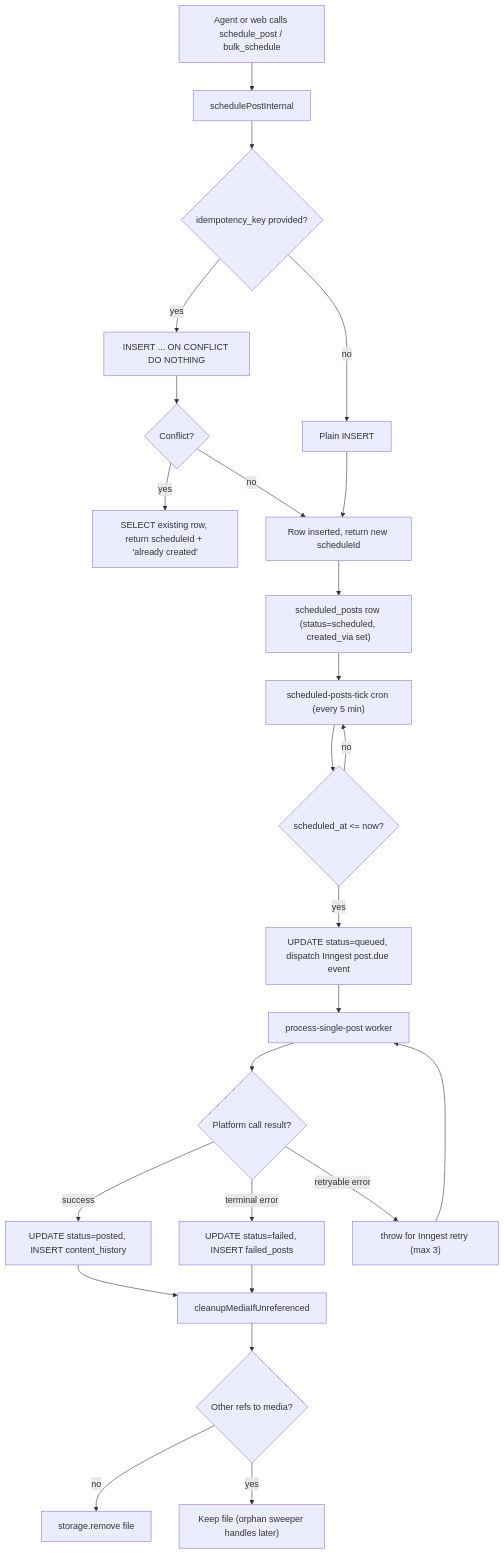
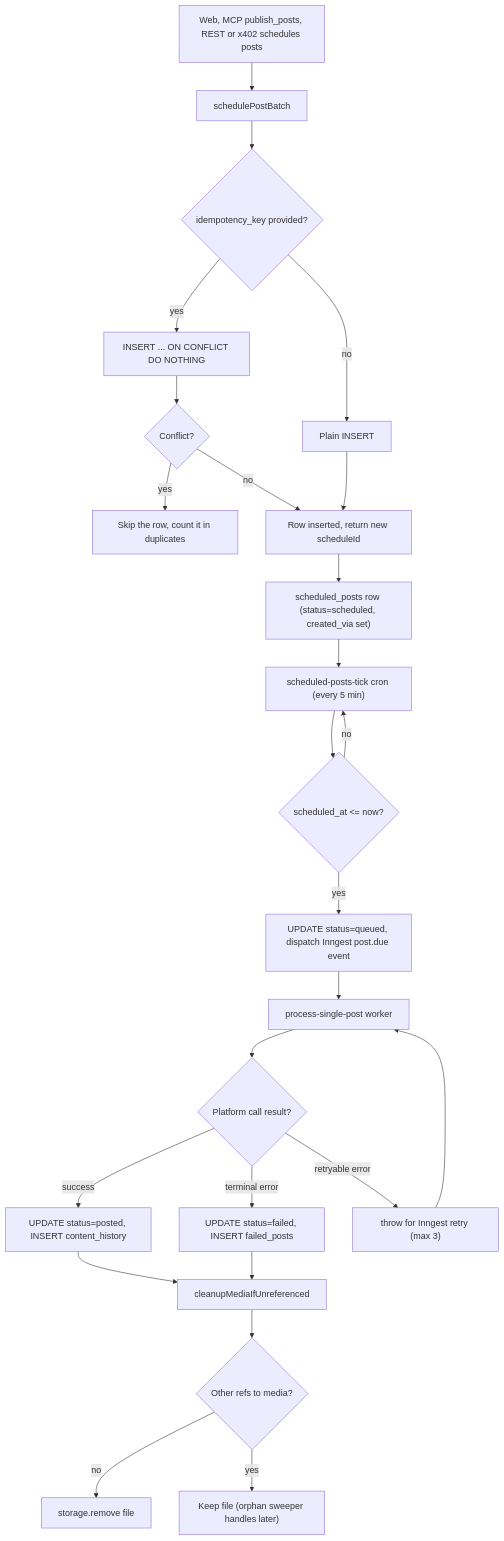
Before and after one commit to Andy00L/sharetopus: the second of 4 diagrams in docs/SCHEDULING.md, drawn with Mermaid. The commit also changed other lines of this file and 60 other files, not shown here.

First line of the commit message:
feat(mcp): one publish_posts tool, 18 tools become 10

````diff
--- a/docs/SCHEDULING.md
+++ b/docs/SCHEDULING.md
@@ -50,28 +50,28 @@
 ```mermaid
 flowchart TD
-    A["Agent or web calls schedule_post / bulk_schedule"] --> B["schedulePostInternal"]
+    A["Web, MCP publish_posts, REST or x402 schedules posts"] --> B["schedulePostBatch"]
     B --> C{"idempotency_key provided?"}
     C -- yes --> D["INSERT ... ON CONFLICT DO NOTHING"]
     D --> E{"Conflict?"}
-    E -- yes --> F["SELECT existing row, return scheduleId + 'already created'"]
+    E -- yes --> F["Skip the row, count it in duplicates"]
     E -- no --> G["Row inserted, return new scheduleId"]
     C -- no --> H["Plain INSERT"]
     H --> G
 
     G --> I["scheduled_posts row (status=scheduled, created_via set)"]
     I --> J["scheduled-posts-tick cron (every 5 min)"]
     J --> K{"scheduled_at <= now?"}
     K -- no --> J
     K -- yes --> L["UPDATE status=queued, dispatch Inngest post.due event"]
     L --> M["process-single-post worker"]
     M --> N{"Platform call result?"}
     N -- success --> O["UPDATE status=posted, INSERT content_history"]
     N -- terminal error --> P["UPDATE status=failed, INSERT failed_posts"]
     N -- retryable error --> Q["throw for Inngest retry (max 3)"]
     Q --> M
     O --> R["cleanupMediaIfUnreferenced"]
     P --> R
     R --> S{"Other refs to media?"}
     S -- no --> T["storage.remove file"]
     S -- yes --> U["Keep file (orphan sweeper handles later)"]
 ```
````
